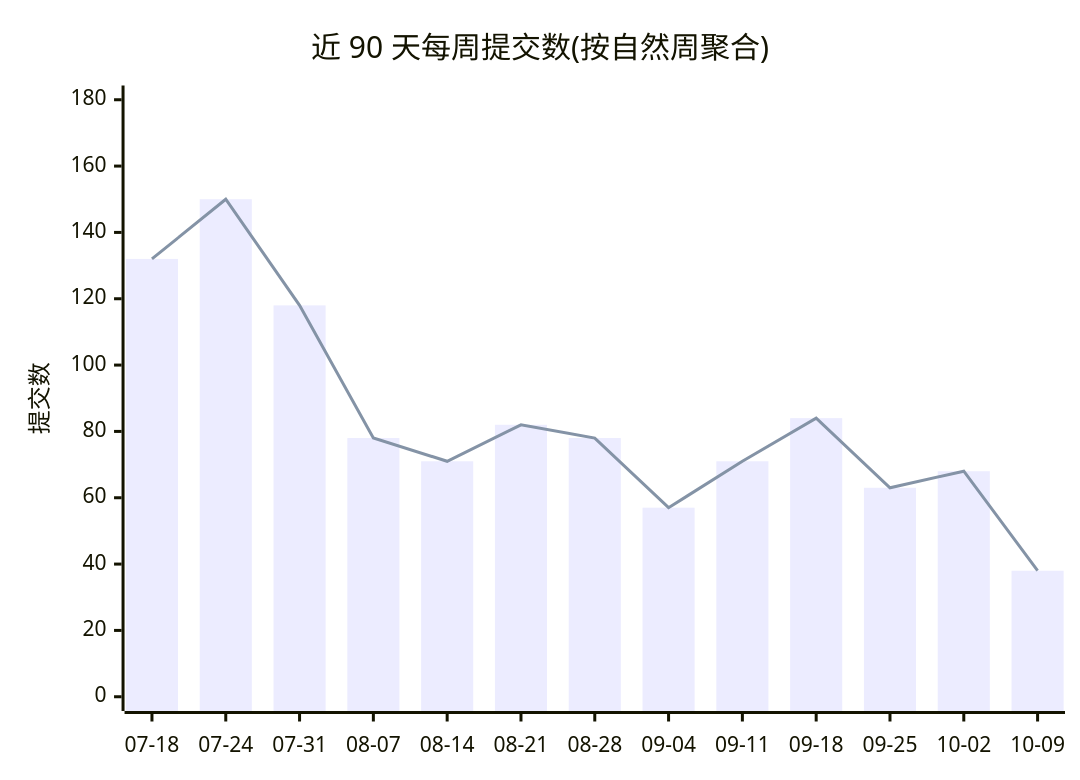
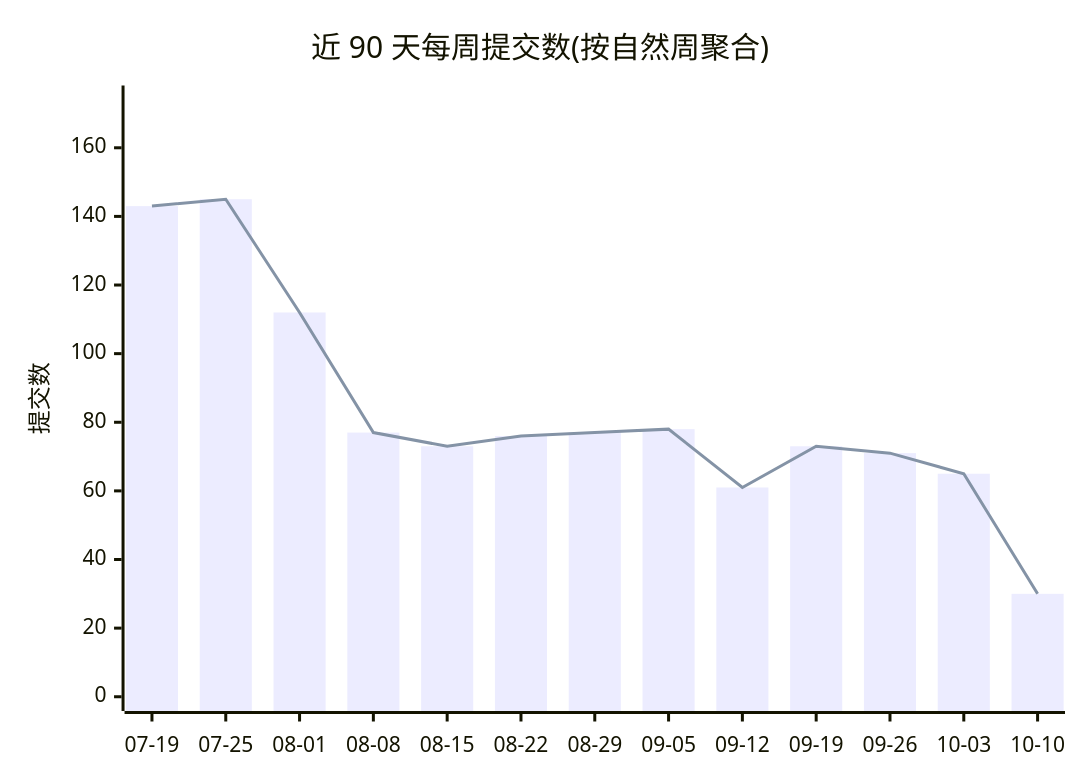
Before and after one commit to Conflux-Union/.github: the first of 2 diagrams in profile/README.md, drawn with Mermaid. The commit also changed other lines of this file and 1 other file, not shown here.

````diff
--- a/profile/README.md
+++ b/profile/README.md
@@ -44,8 +44,8 @@
 ```mermaid
 xychart-beta
     title "近 90 天每周提交数(按自然周聚合)"
-    x-axis ["07-18", "07-24", "07-31", "08-07", "08-14", "08-21", "08-28", "09-04", "09-11", "09-18", "09-25", "10-02", "10-09"]
-    y-axis "提交数" 0 --> 180
-    bar [132, 150, 118, 78, 71, 82, 78, 57, 71, 84, 63, 68, 38]
-    line [132, 150, 118, 78, 71, 82, 78, 57, 71, 84, 63, 68, 38]
+    x-axis ["07-19", "07-25", "08-01", "08-08", "08-15", "08-22", "08-29", "09-05", "09-12", "09-19", "09-26", "10-03", "10-10"]
+    y-axis "提交数" 0 --> 174
+    bar [143, 145, 112, 77, 73, 76, 77, 78, 61, 73, 71, 65, 30]
+    line [143, 145, 112, 77, 73, 76, 77, 78, 61, 73, 71, 65, 30]
 ```
````
